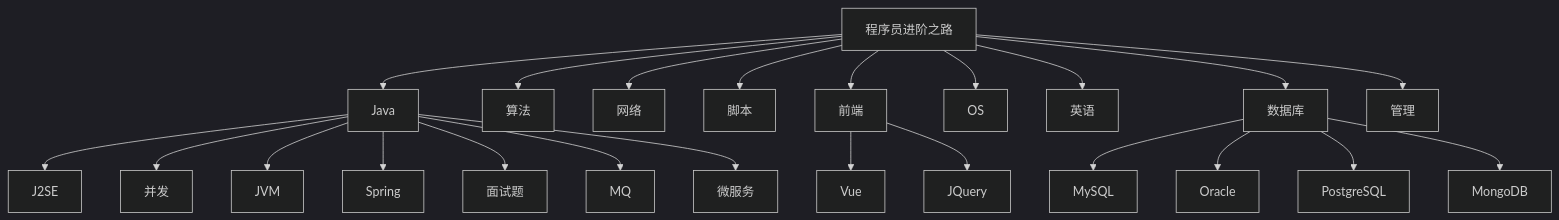
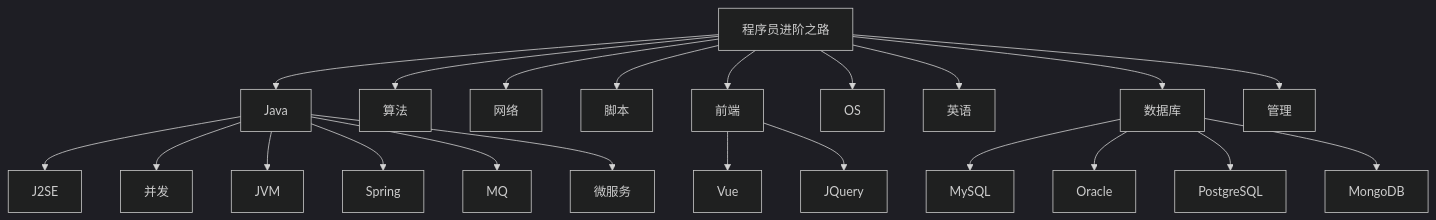
The second of 2 diagrams in README.md (namelessmyth/beFreeCoder), drawn with Mermaid (dark theme) before and after one commit. The commit also changed other lines of this file and 2 other files, not shown here.

````diff
--- a/README.md
+++ b/README.md
@@ -59,33 +52,32 @@
 ```mermaid
 flowchart TB
 
 root[程序员进阶之路]
 
 root-->Java["Java"]
 Java-->J2SE
 Java-->t["并发"]
 Java-->JVM
 Java-->Spring
-Java-->面试题
 Java-->MQ
 Java-->cloud["微服务"]
 
 root-->sf[算法]
 root-->net["网络"]
 root-->Script["脚本"]
 
 root-->front["前端"]
 front-->Vue
 front-->JQuery
 
 root-->os["OS"]
 root-->English["英语"]
 
 root-->db["数据库"]
 db-->MySQL
 db-->Oracle
 db-->PostgreSQL
 db-->MongoDB
 
 root-->admin["管理"]
 ```
````
